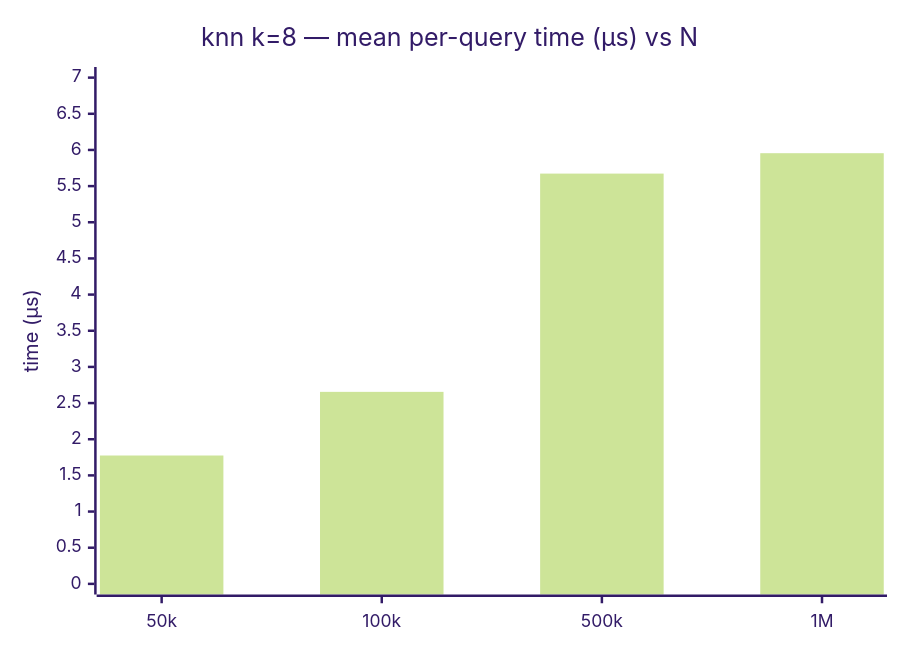
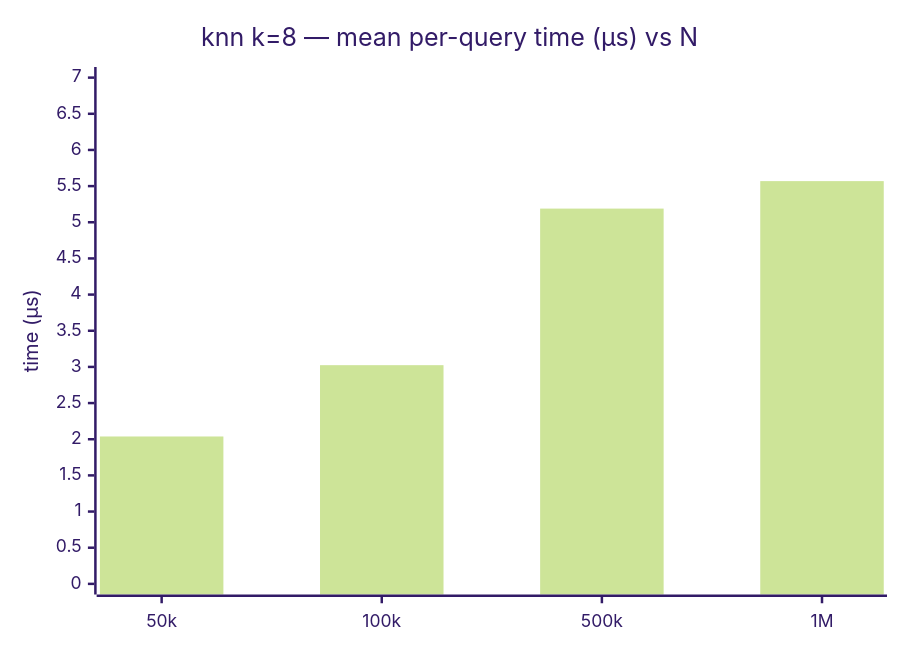
The diagram in docs/benchmark/search.md (dch4o/copse), drawn with Mermaid (forest theme) before and after one commit. The commit also changed other lines of this file and 3 other files, not shown here.

````diff
--- a/docs/benchmark/search.md
+++ b/docs/benchmark/search.md
@@ -52,7 +52,7 @@
 ```mermaid
 xychart-beta
     title "knn k=8 — mean per-query time (µs) vs N"
     x-axis [50k, 100k, 500k, 1M]
     y-axis "time (µs)" 0 --> 7
-    bar [1.775, 2.655, 5.673, 5.955]
+    bar [2.038, 3.024, 5.189, 5.569]
 ```
````
